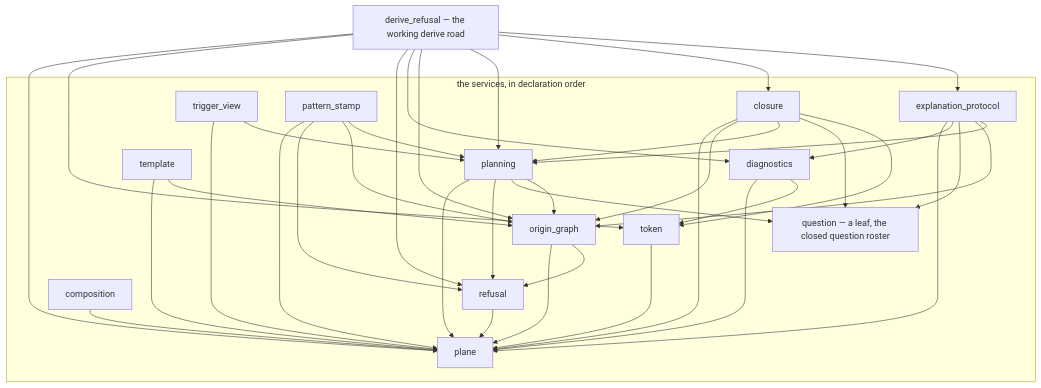
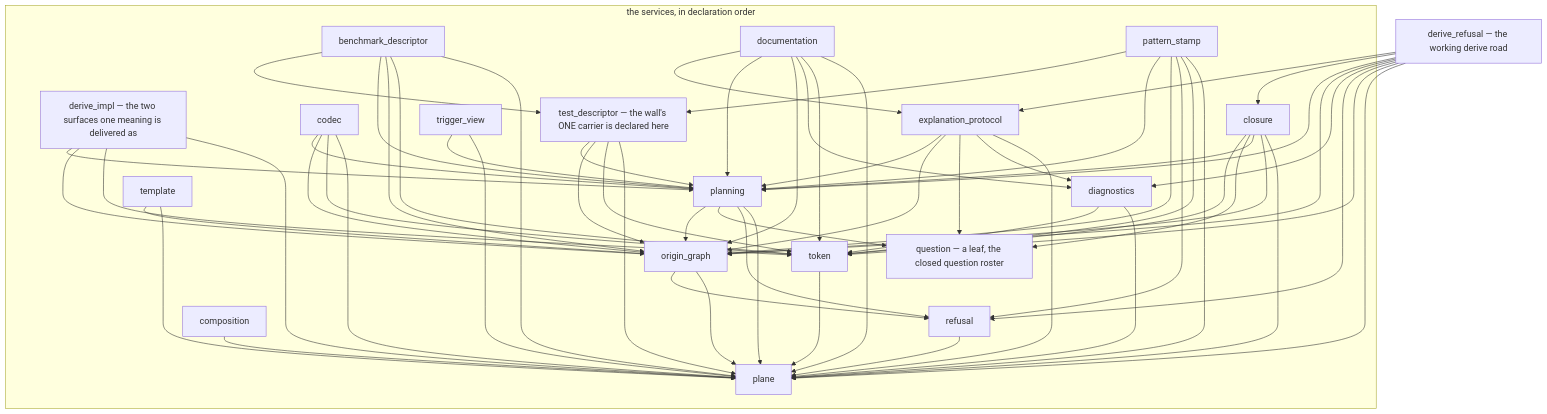
The second of 2 diagrams in macros/macroc/README.md (freebatteryfactory/Macroonz), drawn with Mermaid before and after one commit. The commit also changed 79 other files, not shown here.

````diff
--- a/macros/macroc/README.md
+++ b/macros/macroc/README.md
@@ -92,43 +92,68 @@
 ```mermaid
 flowchart TD
     subgraph SVC["the services, in declaration order"]
         TOK["token"] --> PLN["plane"]
         REF["refusal"] --> PLN
         DIA["diagnostics"] --> PLN
         DIA --> TOK
         QUE["question — a leaf, the closed question roster"]
         OG["origin_graph"] --> PLN
         OG --> REF
         PLAN["planning"] --> PLN
         PLAN --> REF
         PLAN --> QUE
         PLAN --> OG
+        DI["derive_impl — the two surfaces one meaning is delivered as"] --> PLN
+        DI --> TOK
+        DI --> OG
+        DI --> PLAN
+        COD["codec"] --> PLN
+        COD --> TOK
+        COD --> OG
+        COD --> PLAN
+        TD["test_descriptor — the wall's ONE carrier is declared here"] --> PLN
+        TD --> TOK
+        TD --> OG
+        TD --> PLAN
+        BD["benchmark_descriptor"] --> PLN
+        BD --> TOK
+        BD --> OG
+        BD --> PLAN
+        BD --> TD
         CLO["closure"] --> PLN
         CLO --> OG
         CLO --> PLAN
         CLO --> QUE
         CLO --> TOK
         EXP["explanation_protocol"] --> PLN
         EXP --> DIA
         EXP --> QUE
         EXP --> OG
         EXP --> PLAN
+        DOC["documentation"] --> PLN
+        DOC --> TOK
+        DOC --> DIA
+        DOC --> OG
+        DOC --> PLAN
+        DOC --> EXP
         TPL["template"] --> PLN
         TPL --> OG
         TV["trigger_view"] --> PLN
         TV --> PLAN
         CMP["composition"] --> PLN
         PS["pattern_stamp"] --> PLN
+        PS --> TOK
         PS --> REF
         PS --> OG
         PS --> PLAN
+        PS --> TD
     end
     DR["derive_refusal — the working derive road"] --> PLN
     DR --> TOK
     DR --> REF
     DR --> DIA
     DR --> OG
     DR --> PLAN
     DR --> CLO
     DR --> EXP
 ```
````
